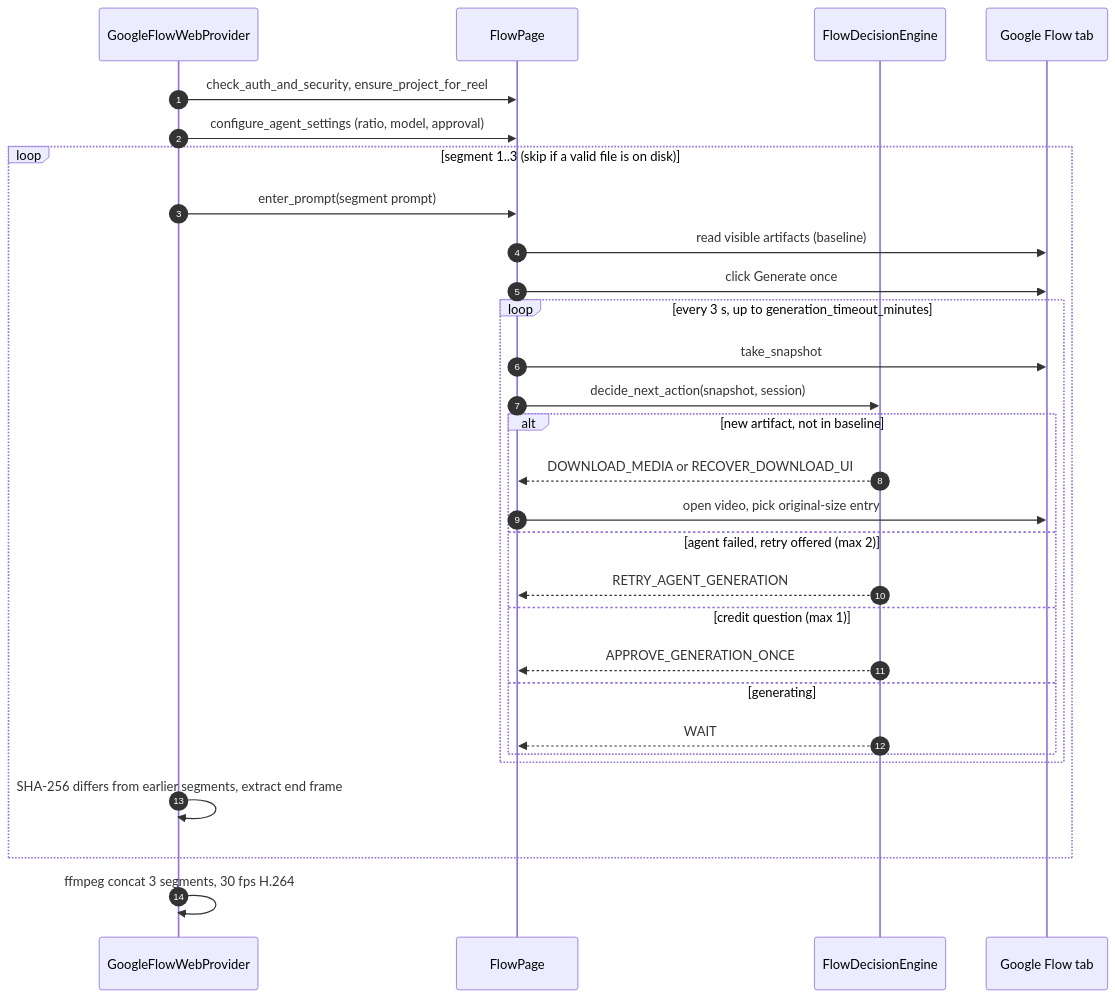
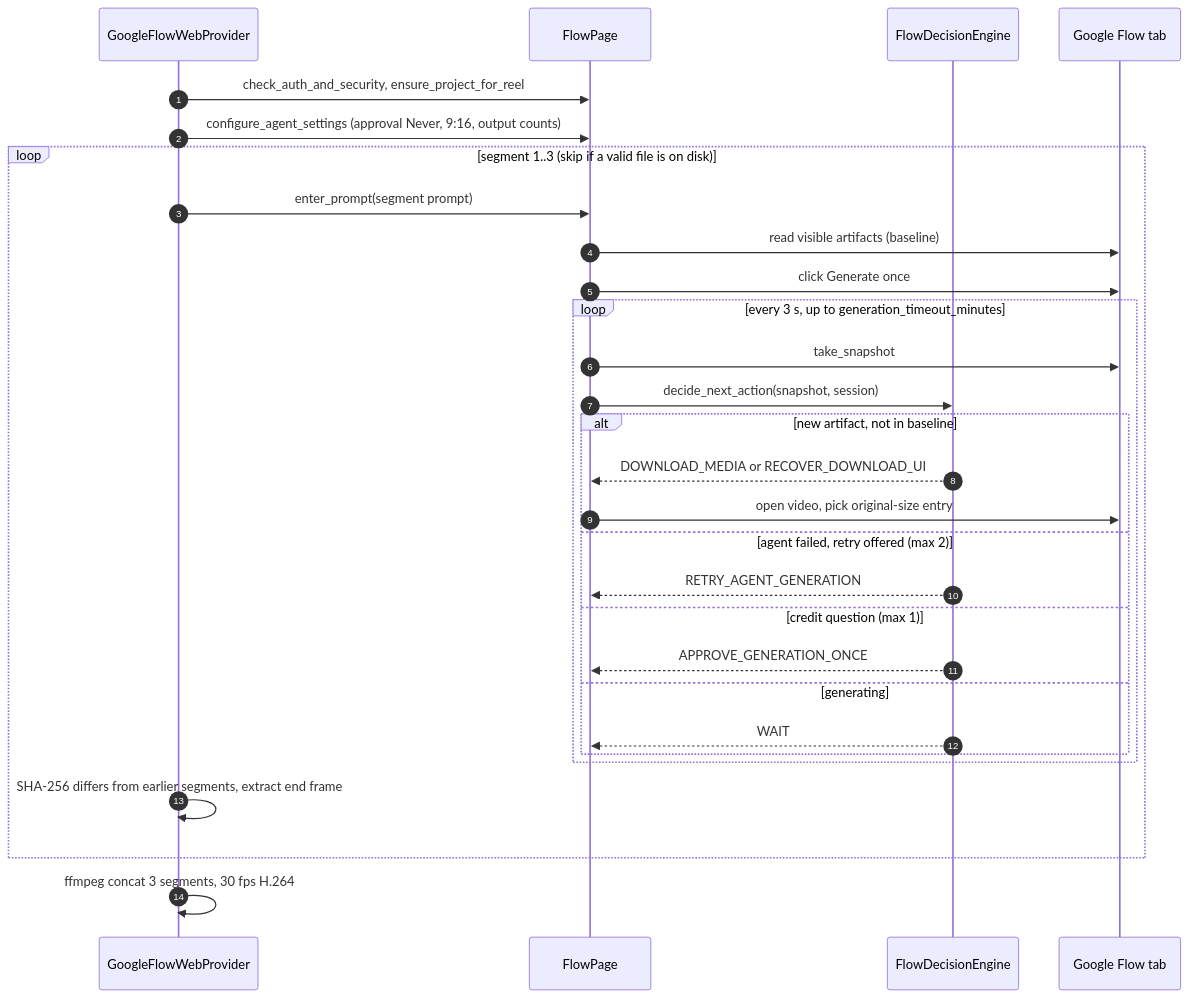
Before and after one commit to CoskunerBerke/otomasyon_3: the third of 5 diagrams in docs/HOW_IT_WORKS.md, drawn with Mermaid. The commit also changed other lines of this file, not shown here.

````diff
--- a/docs/HOW_IT_WORKS.md
+++ b/docs/HOW_IT_WORKS.md
@@ -170,31 +177,31 @@
 ```mermaid
 sequenceDiagram
     autonumber
     participant G as GoogleFlowWebProvider
     participant Pg as FlowPage
     participant E as FlowDecisionEngine
     participant UI as Google Flow tab
     G->>Pg: check_auth_and_security, ensure_project_for_reel
-    G->>Pg: configure_agent_settings (ratio, model, approval)
+    G->>Pg: configure_agent_settings (approval Never, 9:16, output counts)
     loop segment 1..3 (skip if a valid file is on disk)
         G->>Pg: enter_prompt(segment prompt)
         Pg->>UI: read visible artifacts (baseline)
         Pg->>UI: click Generate once
         loop every 3 s, up to generation_timeout_minutes
             Pg->>UI: take_snapshot
             Pg->>E: decide_next_action(snapshot, session)
             alt new artifact, not in baseline
                 E-->>Pg: DOWNLOAD_MEDIA or RECOVER_DOWNLOAD_UI
                 Pg->>UI: open video, pick original-size entry
             else agent failed, retry offered (max 2)
                 E-->>Pg: RETRY_AGENT_GENERATION
             else credit question (max 1)
                 E-->>Pg: APPROVE_GENERATION_ONCE
             else generating
                 E-->>Pg: WAIT
             end
         end
         G->>G: SHA-256 differs from earlier segments, extract end frame
     end
     G->>G: ffmpeg concat 3 segments, 30 fps H.264
 ```
````
